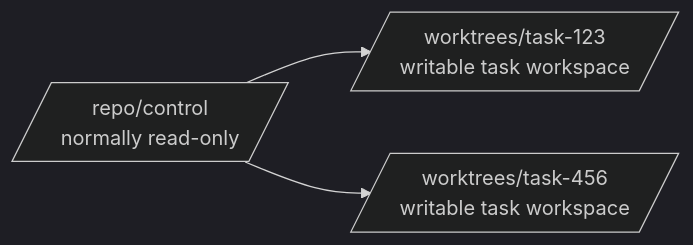
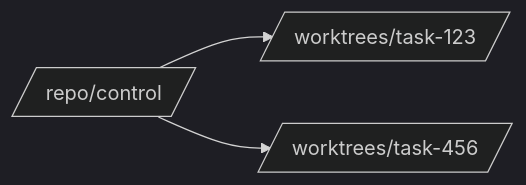
The fourth of 4 diagrams in docs/01-architecture.md (tomo-chan/agent-harness), drawn with Mermaid (dark theme) before and after one commit. The commit also changed other lines of this file, not shown here.

Commit message:
docs: add posture-aware simple deployment architecture

````diff
--- a/docs/01-architecture.md
+++ b/docs/01-architecture.md
@@ -69,5 +85,5 @@
 ```mermaid
 flowchart LR
-    C[/repo/control<br/>normally read-only/] --> T1[/worktrees/task-123<br/>writable task workspace/]
-    C --> T2[/worktrees/task-456<br/>writable task workspace/]
+    C[/repo/control/] --> T1[/worktrees/task-123/]
+    C --> T2[/worktrees/task-456/]
 ```
````
